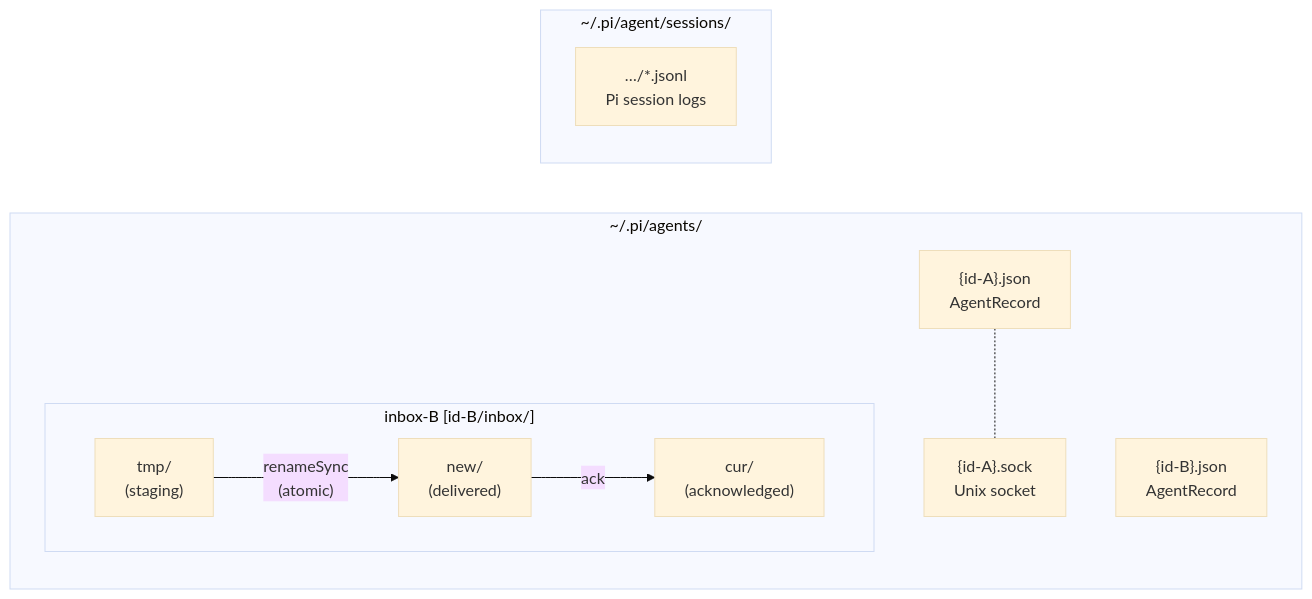
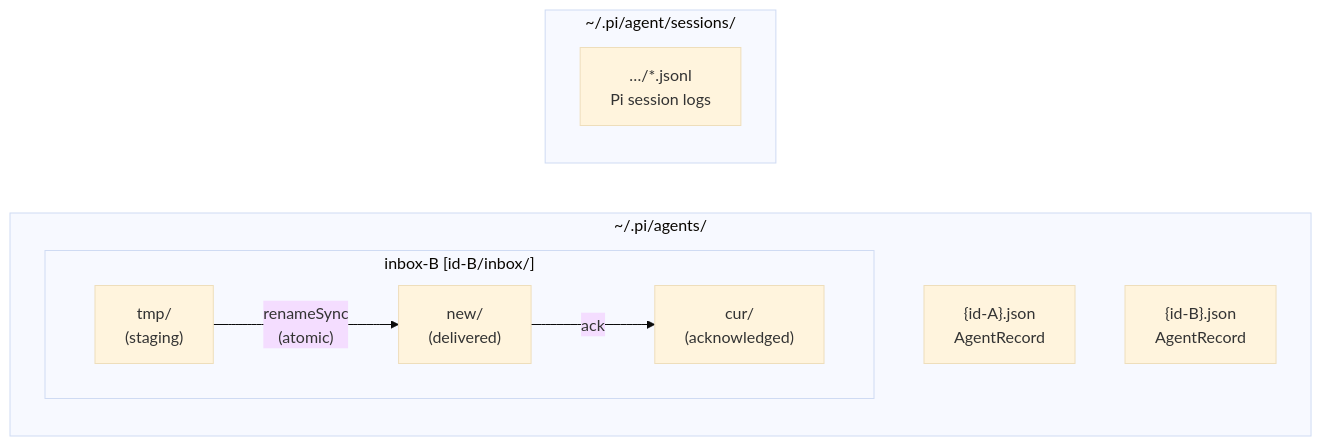
The diagram in docs/C4-Filesystem.md (tS7hKamAYL84j91/pi-tools-and-skills), drawn with Mermaid (base theme) before and after one commit. The commit also changed 27 other files, not shown here.

````diff
--- a/docs/C4-Filesystem.md
+++ b/docs/C4-Filesystem.md
@@ -3,21 +3,19 @@
 ```mermaid
 graph LR
     subgraph "~/.pi/agents/"
         A1["{id-A}.json<br/>AgentRecord"]
         A2["{id-B}.json<br/>AgentRecord"]
-        S1["{id-A}.sock<br/>Unix socket"]
         subgraph "inbox-B [id-B/inbox/]"
             tmp["tmp/<br/>(staging)"]
             new["new/<br/>(delivered)"]
             cur["cur/<br/>(acknowledged)"]
         end
     end
 
     subgraph "~/.pi/agent/sessions/"
         sess["…/*.jsonl<br/>Pi session logs"]
     end
 
-    A1 -.- S1
     tmp -->|"renameSync<br/>(atomic)"| new
     new -->|"ack"| cur
 ```
````
